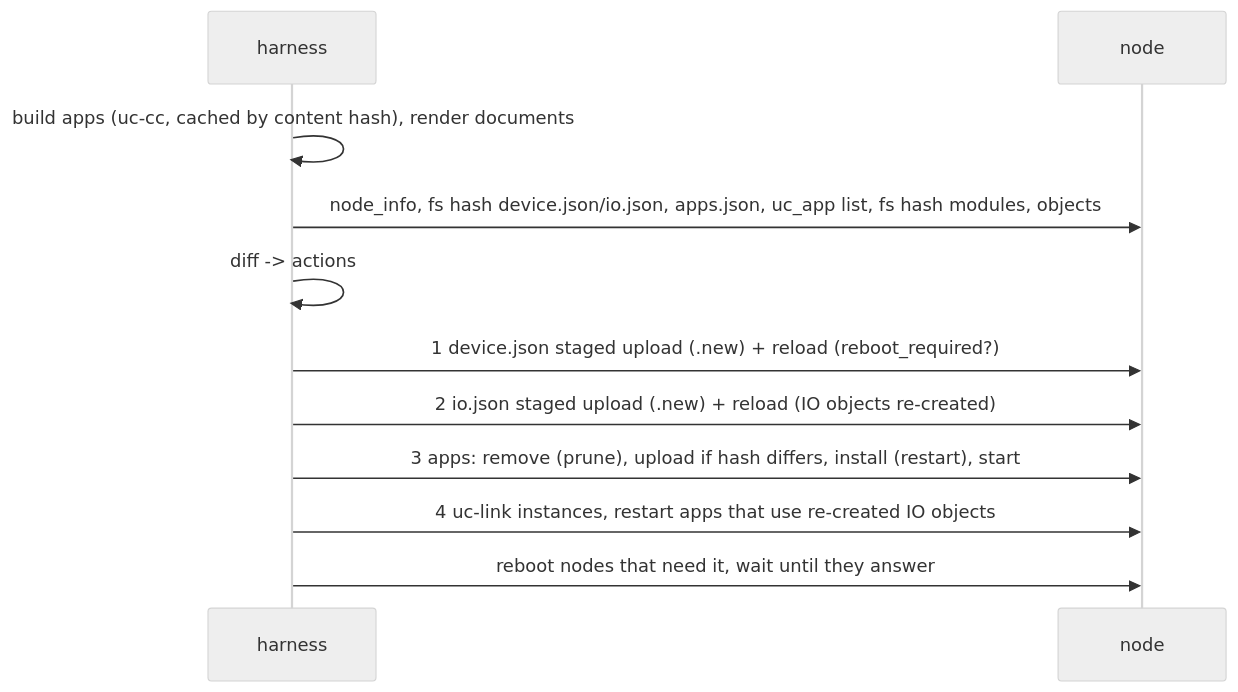
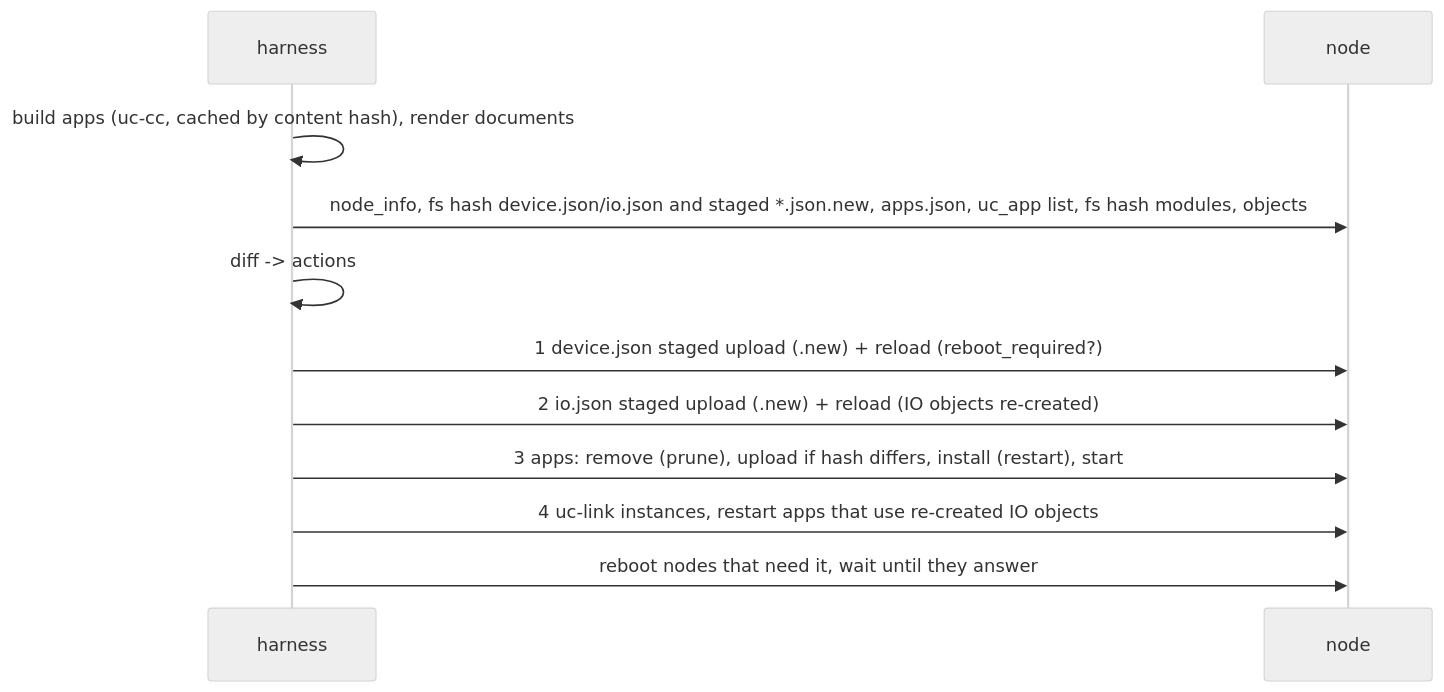
One commit to IlijaVorontsov/BACNet-uc changed the second of 2 diagrams in harness/README.md. Above: the diagram before and after it, drawn with Mermaid (neutral theme). The commit also changed other lines of this file and 26 other files, not shown here.

````diff
--- a/harness/README.md
+++ b/harness/README.md
@@ -350,13 +350,13 @@
 ```mermaid
 sequenceDiagram
     participant H as harness
     participant N as node
     H->>H: build apps (uc-cc, cached by content hash), render documents
-    H->>N: node_info, fs hash device.json/io.json, apps.json, uc_app list, fs hash modules, objects
+    H->>N: node_info, fs hash device.json/io.json and staged *.json.new, apps.json, uc_app list, fs hash modules, objects
     H->>H: diff -> actions
     H->>N: 1 device.json staged upload (.new) + reload (reboot_required?)
     H->>N: 2 io.json staged upload (.new) + reload (IO objects re-created)
     H->>N: 3 apps: remove (prune), upload if hash differs, install (restart), start
     H->>N: 4 uc-link instances, restart apps that use re-created IO objects
     H->>N: reboot nodes that need it, wait until they answer
 ```
````
